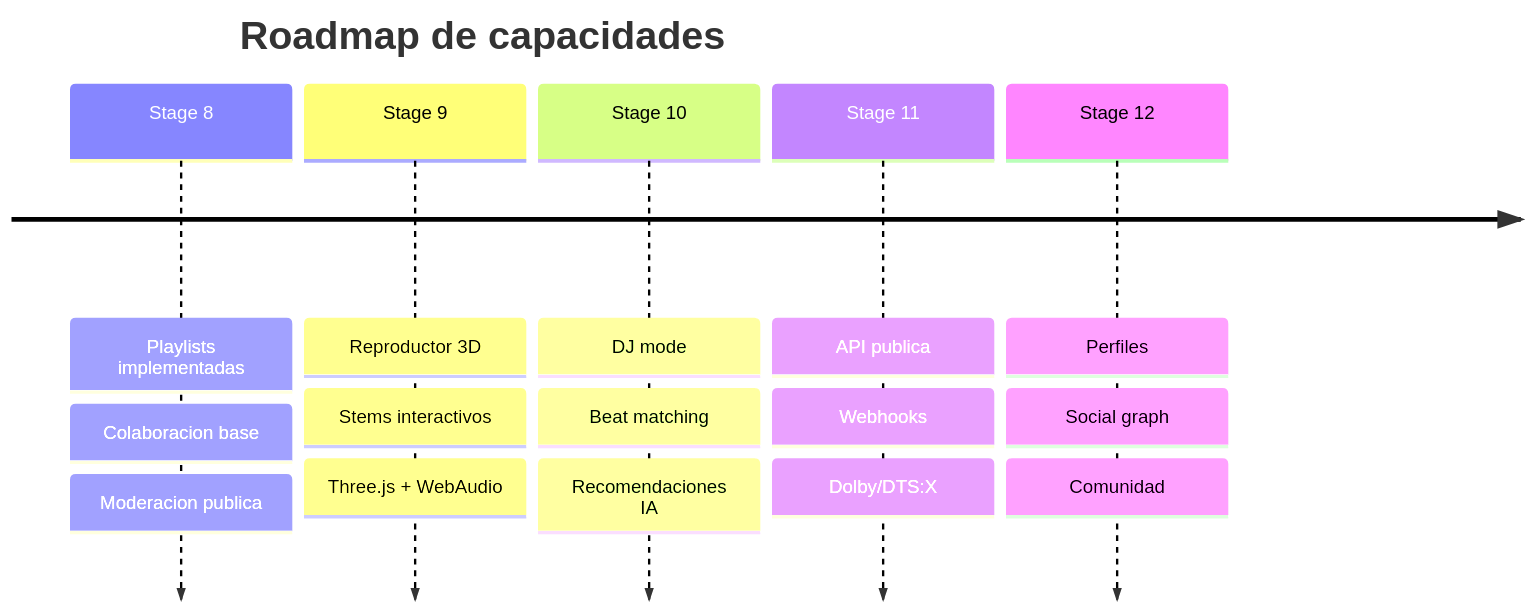
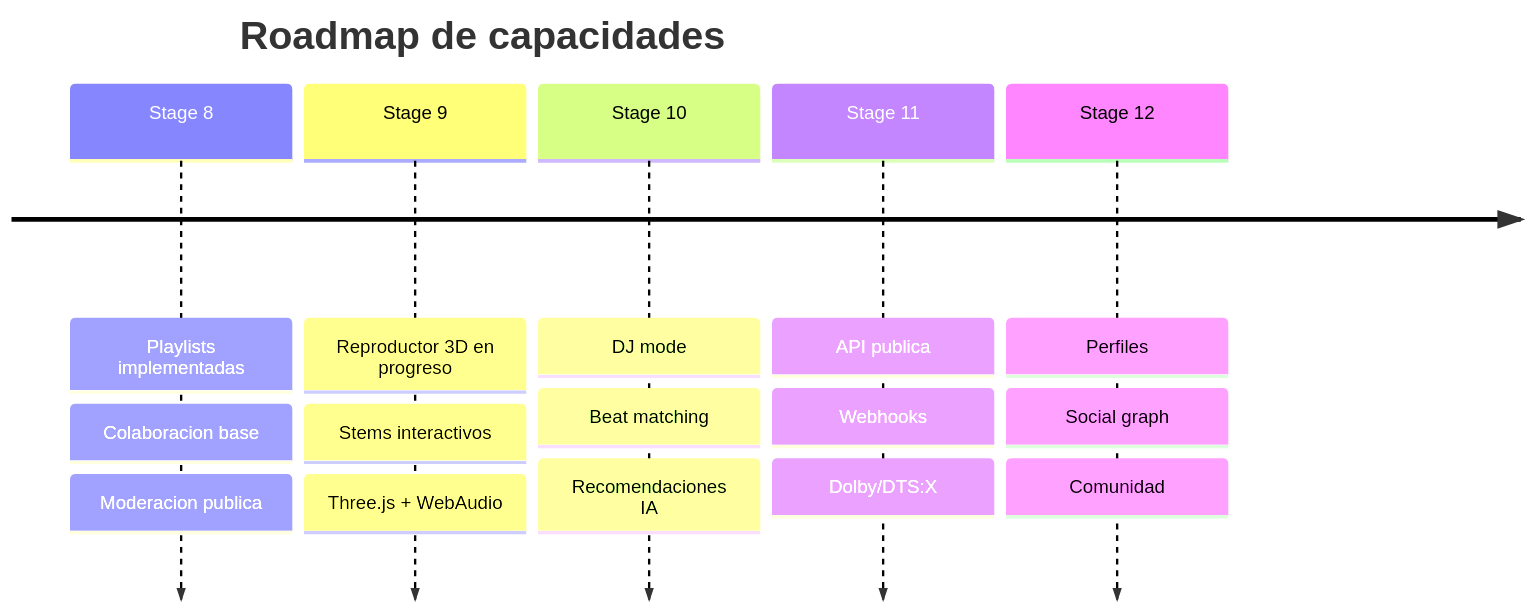
The first of 2 diagrams in docs/feature-roadmap.md (EmmiSiu/rommag_studio), drawn with Mermaid before and after one commit. The commit also changed other lines of this file and 18 other files, not shown here.

````diff
--- a/docs/feature-roadmap.md
+++ b/docs/feature-roadmap.md
@@ -6,9 +6,9 @@
 ```mermaid
 timeline
     title Roadmap de capacidades
     Stage 8 : Playlists implementadas : Colaboracion base : Moderacion publica
-    Stage 9 : Reproductor 3D : Stems interactivos : Three.js + WebAudio
+    Stage 9 : Reproductor 3D en progreso : Stems interactivos : Three.js + WebAudio
     Stage 10 : DJ mode : Beat matching : Recomendaciones IA
     Stage 11 : API publica : Webhooks : Dolby/DTS:X
     Stage 12 : Perfiles : Social graph : Comunidad
 ```
````
